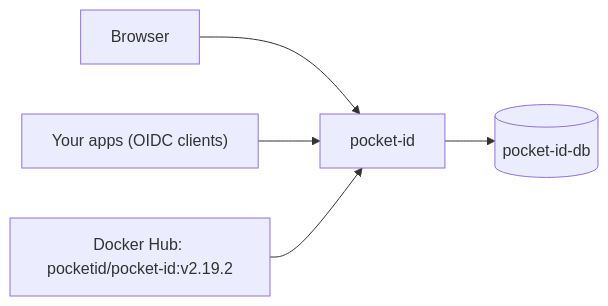
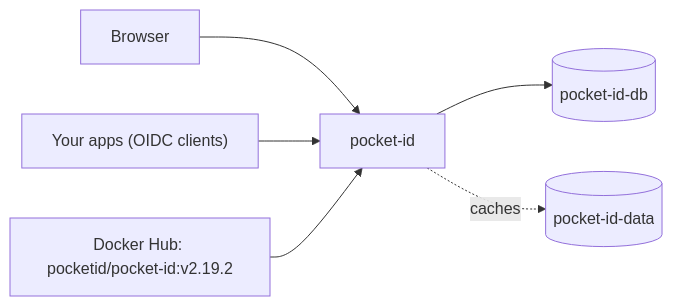
One commit to render-examples/pocket-id changed the diagram in README.md. Above: the diagram before and after it, drawn with Mermaid. The commit also changed other lines of this file and 1 other file, not shown here.

First line of the commit message:
Add a disk so deploys stop the old instance first

````diff
--- a/README.md
+++ b/README.md
@@ -39,7 +40,8 @@
 ```mermaid
 flowchart LR
   user["Browser"] --> app["pocket-id"]
   apps["Your apps (OIDC clients)"] --> app
   app --> db[("pocket-id-db")]
+  app -.->|caches| disk[("pocket-id-data")]
   hub["Docker Hub: pocketid/pocket-id:v2.19.2"] --> app
 ```
````
